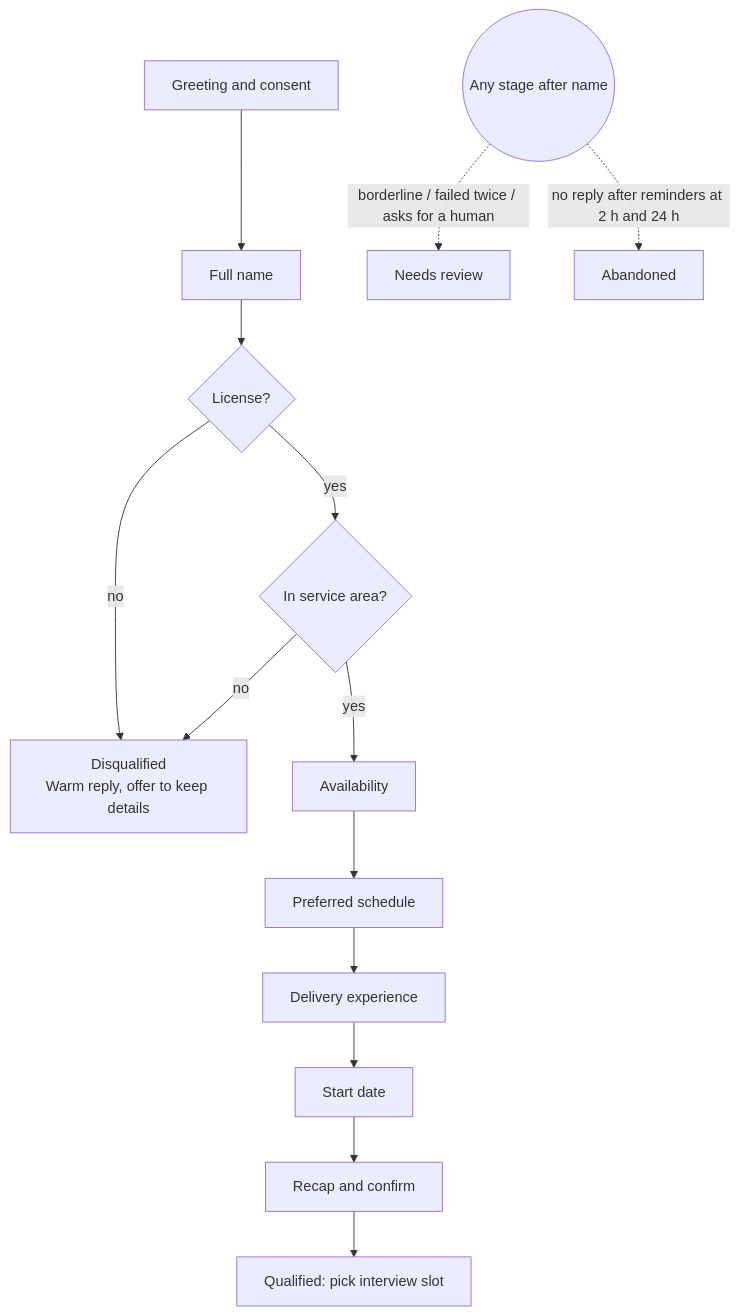
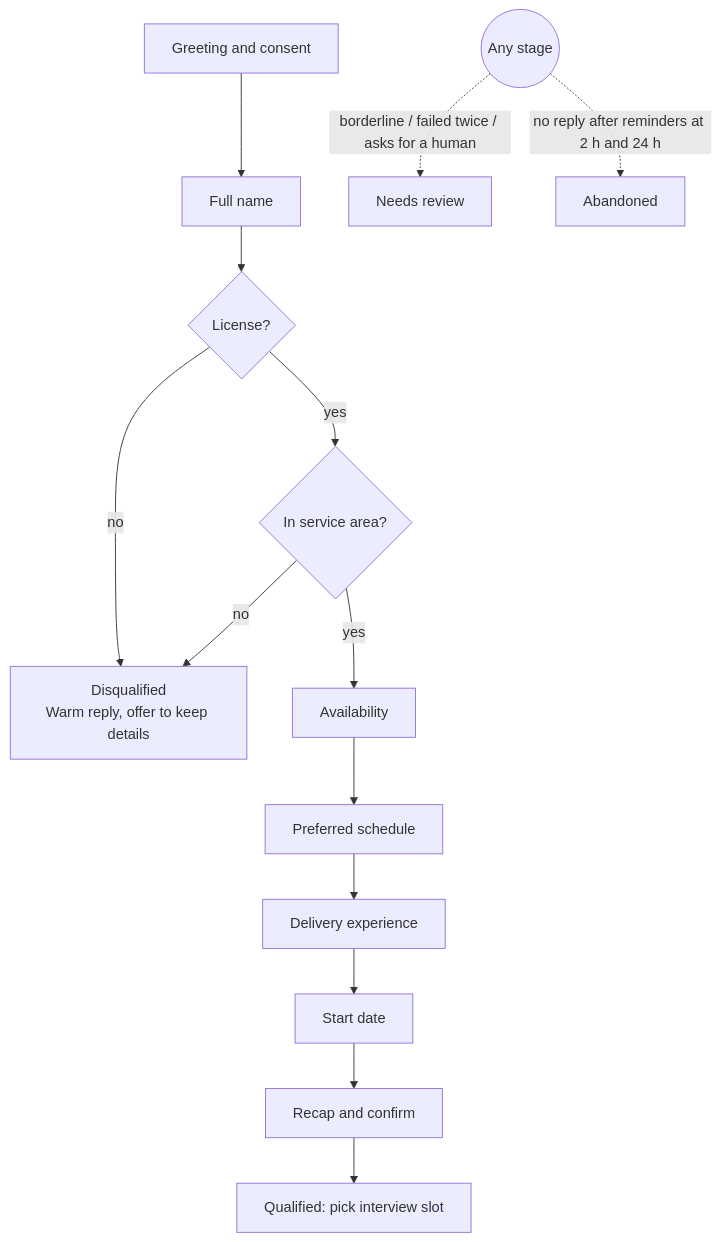
One commit to SRL132/orbio-ai-assessment changed the diagram in docs/process-design.md. Above: the diagram before and after it, drawn with Mermaid. The commit also changed other lines of this file and 20 other files, not shown here.

````diff
--- a/docs/process-design.md
+++ b/docs/process-design.md
@@ -18,17 +18,17 @@
 ```mermaid
 flowchart TD
     G[Greeting and consent] --> N[Full name]
     N --> L{License?}
     L -- no --> DQ[Disqualified<br/>Warm reply, offer to keep details]
     L -- yes --> Z{In service area?}
     Z -- no --> DQ
     Z -- yes --> A[Availability]
     A --> S[Preferred schedule]
     S --> E[Delivery experience]
     E --> SD[Start date]
     SD --> R[Recap and confirm]
     R --> Q[Qualified: pick interview slot]
 
-    ANY((Any stage after name)) -. borderline / failed twice / asks for a human .-> NR[Needs review]
+    ANY((Any stage)) -. borderline / failed twice / asks for a human .-> NR[Needs review]
     ANY -. no reply after reminders at 2 h and 24 h .-> AB[Abandoned]
 ```
````
